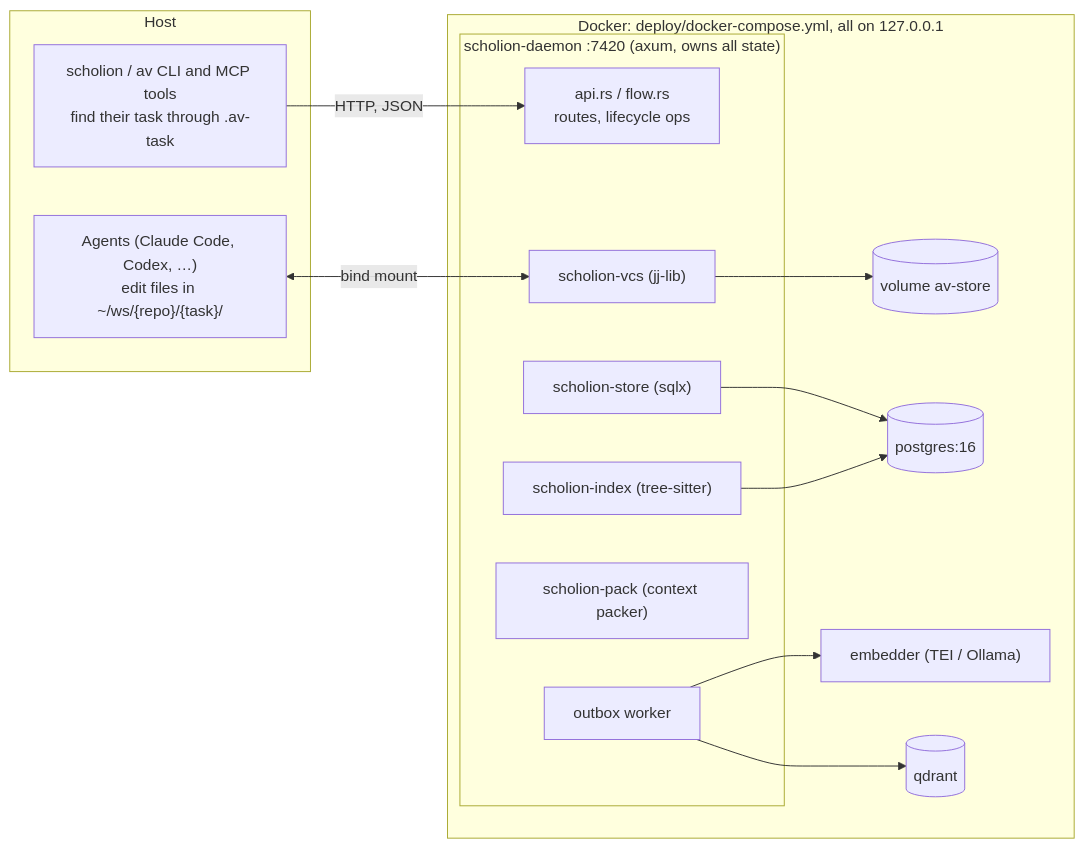
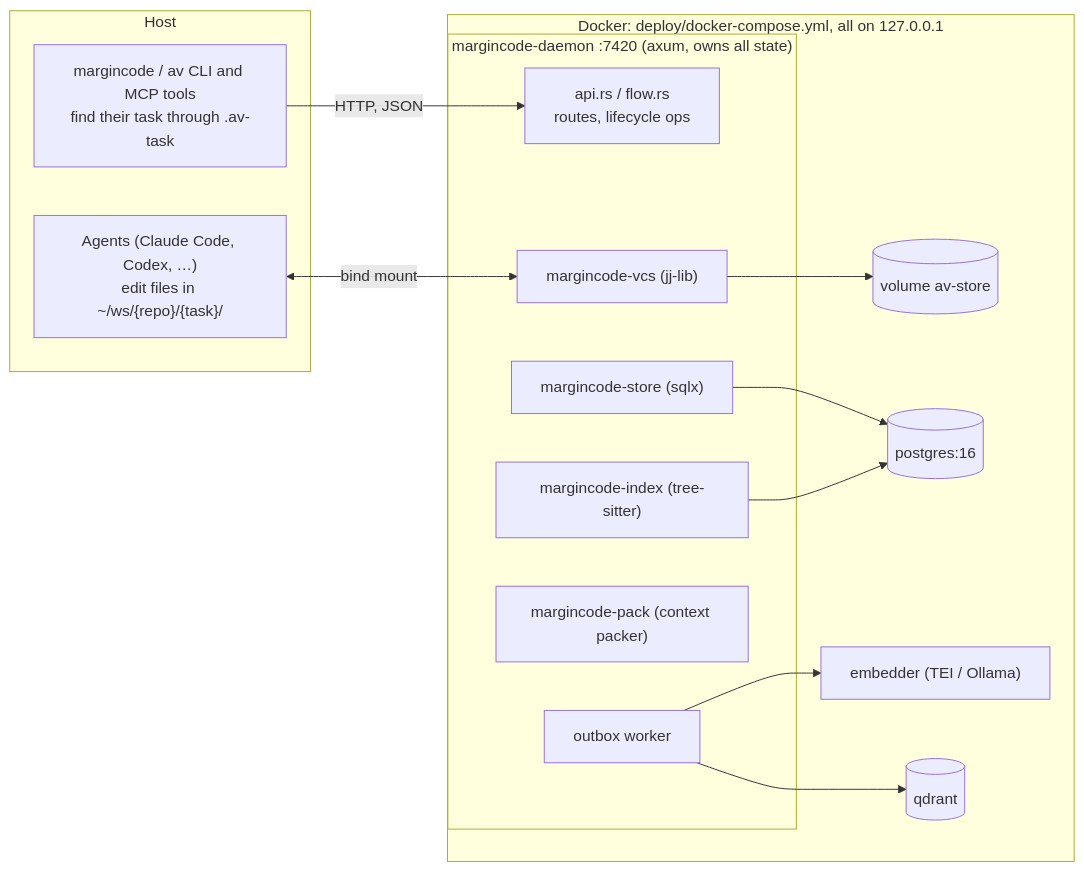
The diagram in docs/reference.md (margincode-dev/open-margincode), drawn with Mermaid before and after one commit. The commit also changed other lines of this file and 439 other files, not shown here.

````diff
--- a/docs/reference.md
+++ b/docs/reference.md
@@ -233,28 +233,28 @@
 ```mermaid
 flowchart LR
     subgraph host["Host"]
         agents["Agents (Claude Code, Codex, …)<br/>edit files in ~/ws/{repo}/{task}/"]
-        cli["scholion / av CLI and MCP tools<br/>find their task through .av-task"]
+        cli["margincode / av CLI and MCP tools<br/>find their task through .av-task"]
     end
     subgraph docker["Docker: deploy/docker-compose.yml, all on 127.0.0.1"]
-        subgraph daemon["scholion-daemon :7420 (axum, owns all state)"]
+        subgraph daemon["margincode-daemon :7420 (axum, owns all state)"]
             api["api.rs / flow.rs<br/>routes, lifecycle ops"]
-            vcs["scholion-vcs (jj-lib)"]
-            store["scholion-store (sqlx)"]
-            index["scholion-index (tree-sitter)"]
-            pack["scholion-pack (context packer)"]
+            vcs["margincode-vcs (jj-lib)"]
+            store["margincode-store (sqlx)"]
+            index["margincode-index (tree-sitter)"]
+            pack["margincode-pack (context packer)"]
             outbox["outbox worker"]
         end
         avstore[("volume av-store")]
         pg[("postgres:16")]
         embedder["embedder (TEI / Ollama)"]
         qdrant[("qdrant")]
     end
     agents <-->|bind mount| vcs
     cli -->|HTTP, JSON| api
     vcs --> avstore
     store --> pg
     index --> pg
     outbox --> embedder
     outbox --> qdrant
 ```
````
